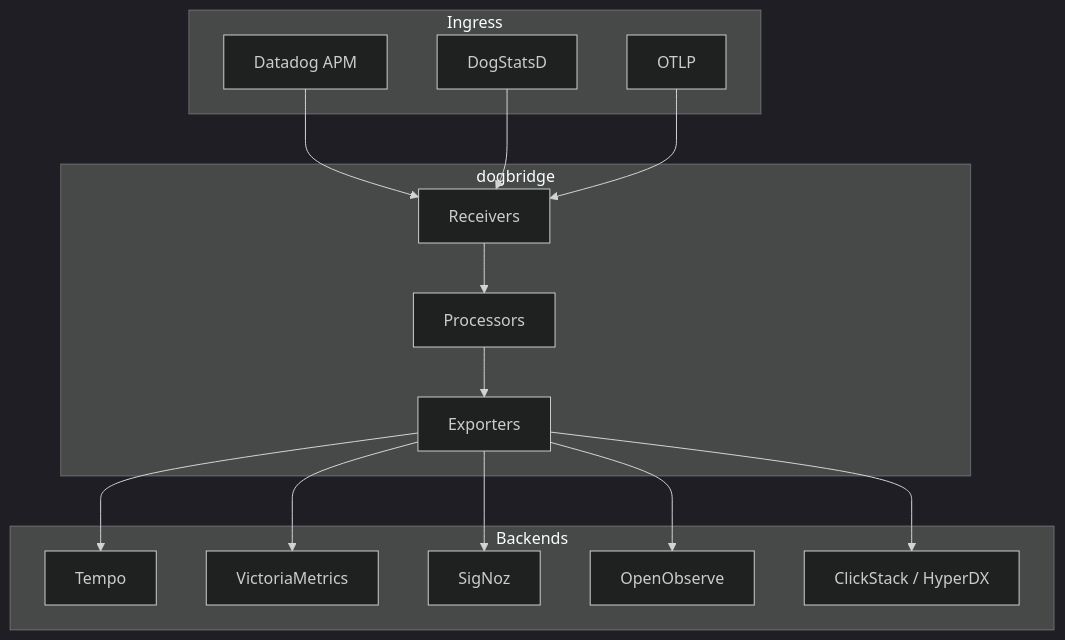
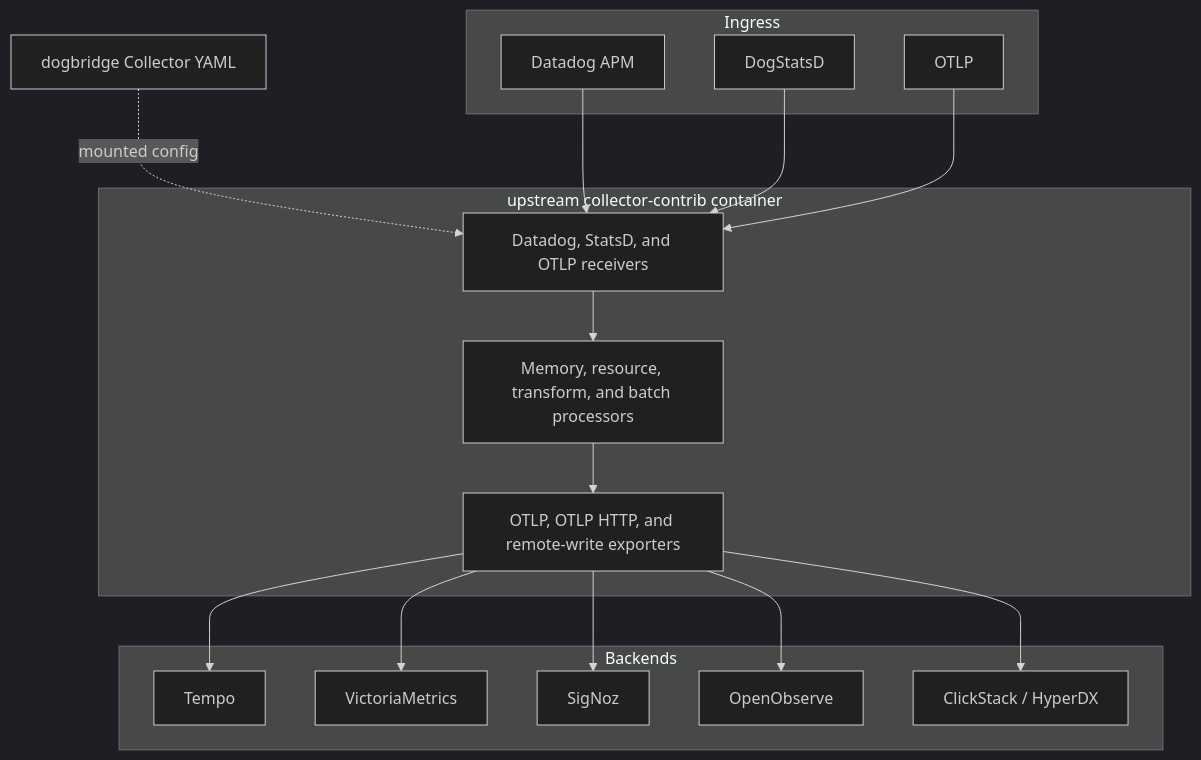
One commit to phenixrizen/dogbridge changed the second of 2 diagrams in README.md. Above: the diagram before and after it, drawn with Mermaid (dark theme). The commit also changed other lines of this file and 10 other files, not shown here.

Commit message:
rip out dogbridge collector

````diff
--- a/README.md
+++ b/README.md
@@ -26,32 +27,35 @@
 ```mermaid
 flowchart TB
     subgraph Ingress
       DD[Datadog APM]
       DS[DogStatsD]
       OTLP[OTLP]
     end
 
-    subgraph dogbridge
-      R[Receivers]
-      P[Processors]
-      X[Exporters]
+    CFG[dogbridge Collector YAML]
+
+    subgraph Collector[upstream collector-contrib container]
+      R[Datadog, StatsD, and OTLP receivers]
+      P[Memory, resource, transform, and batch processors]
+      X[OTLP, OTLP HTTP, and remote-write exporters]
     end
 
     subgraph Backends
       T[Tempo]
       VM[VictoriaMetrics]
       SN[SigNoz]
       OO[OpenObserve]
       CS[ClickStack / HyperDX]
     end
 
+    CFG -. mounted config .-> R
     DD --> R
     DS --> R
     OTLP --> R
     R --> P --> X
     X --> T
     X --> VM
     X --> SN
     X --> OO
     X --> CS
 ```
````
